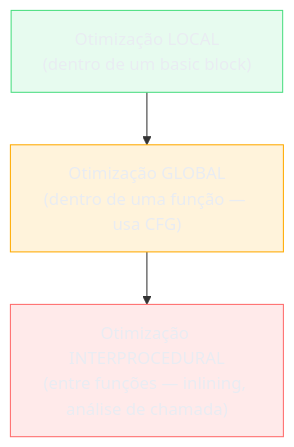
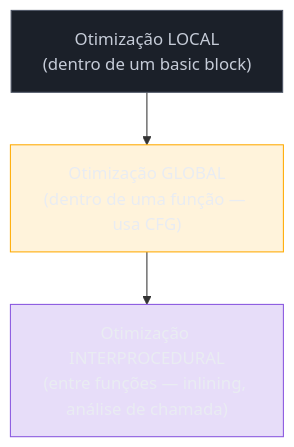
One commit to josenaldo/codex-technomanticus changed the first of 6 diagrams in 03-Dominios/Ciência/Compiladores e Linguagens/12 - Otimização.md. Above: the diagram before and after it, drawn with Mermaid. The commit also changed 601 other files, not shown here.

````diff
--- a/03-Dominios/Ciência/Compiladores e Linguagens/12 - Otimização.md
+++ b/03-Dominios/Ciência/Compiladores e Linguagens/12 - Otimização.md
@@ -47,12 +47,12 @@
 ```mermaid
 graph TD
-    classDef ok fill:#4ADE8021,stroke:#4ADE80,color:#E9ECF2
+    classDef marca fill:#8855DF33,stroke:#8855DF,color:#E9ECF2
+    classDef neutro fill:#1B2029,stroke:#4E5666,color:#C6CCD8
     classDef destaque fill:#FFAA0024,stroke:#FFAA00,color:#E9ECF2
-    classDef falha fill:#FF6B6B24,stroke:#FF6B6B,color:#E9ECF2
     A["Otimização LOCAL<br/>(dentro de um basic block)"] --> B["Otimização GLOBAL<br/>(dentro de uma função — usa CFG)"]
     B --> C["Otimização INTERPROCEDURAL<br/>(entre funções — inlining, análise de chamada)"]
 
-    class A ok
+    class A neutro
     class B destaque
-    class C falha
+    class C marca
 ```
````
